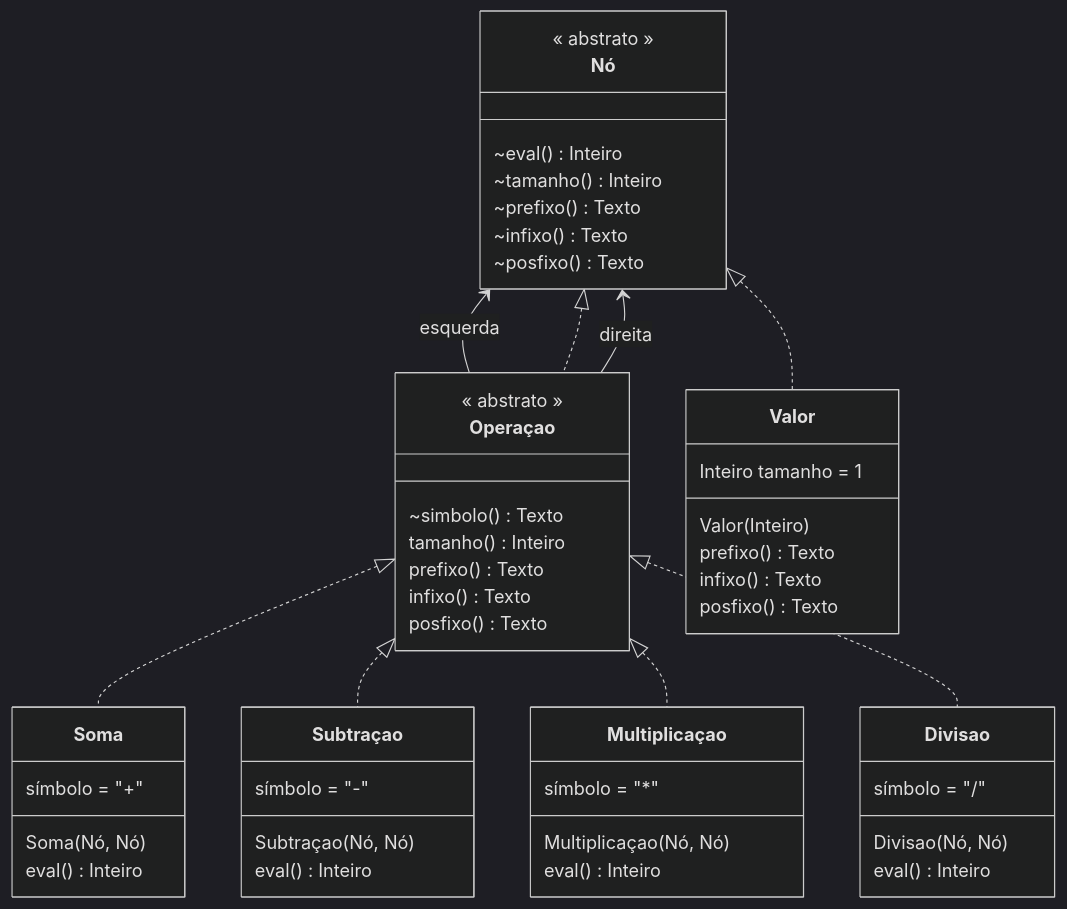
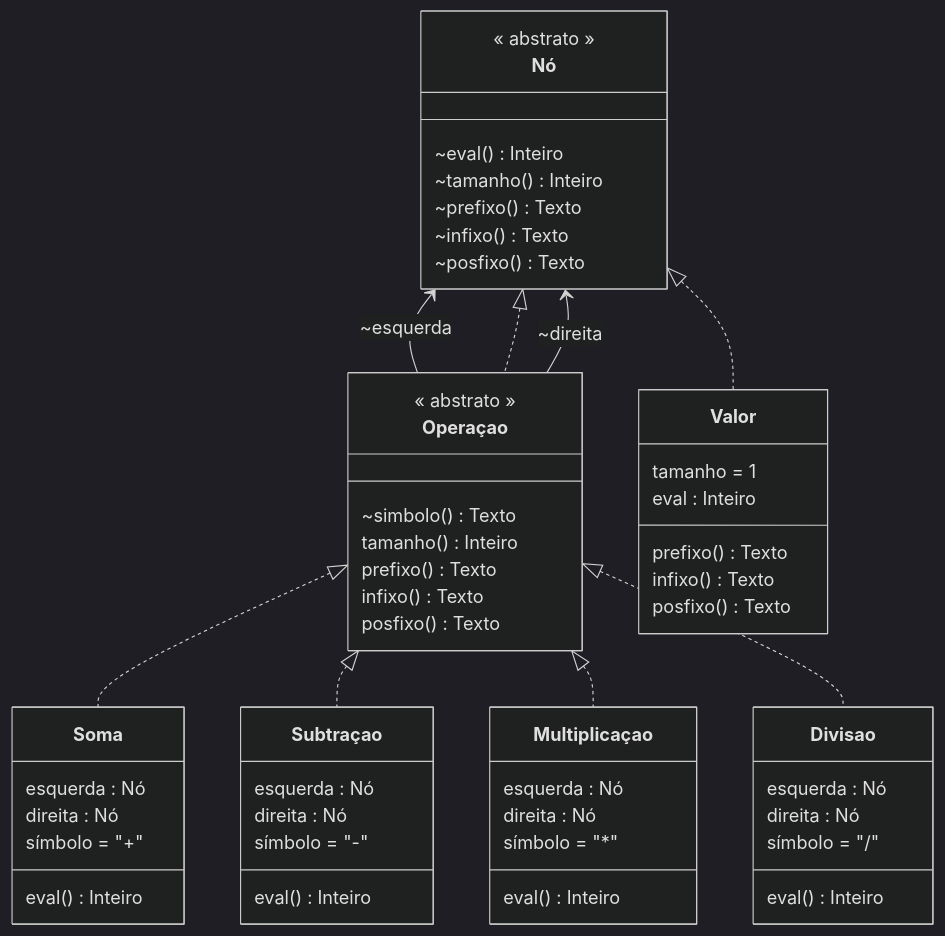
The second of 2 diagrams in 01-Arvore Binária de Expressão/README.md (lrlucena/gist-potigol), drawn with Mermaid (dark theme) before and after one commit.

````diff
--- a/01-Arvore Binária de Expressão/README.md
+++ b/01-Arvore Binária de Expressão/README.md
@@ -39,64 +39,68 @@
 ```mermaid
 classDiagram
     class Nó {
       << abstrato >>
       ~eval() Inteiro
       ~tamanho() Inteiro
       ~prefixo() Texto
       ~infixo() Texto
       ~posfixo() Texto
     }
     
     class Operaçao {
       << abstrato >>
       ~simbolo() Texto
       tamanho() Inteiro
       prefixo() Texto
       infixo() Texto
       posfixo() Texto
     }
     
-    Nó <-- Operaçao : esquerda
+    Nó <-- Operaçao : ~esquerda
     Nó <|.. Operaçao
-    Nó <-- Operaçao : direita
+    Nó <-- Operaçao : ~direita
         
     Nó <|.. Valor
     
     class Soma {
+      esquerda : Nó
+      direita : Nó
       símbolo = "+"
-      Soma(Nó, Nó)
       eval() Inteiro
     }
     
     class Subtraçao {
+      esquerda : Nó
+      direita : Nó
       símbolo = "-"
-      Subtraçao(Nó, Nó)
       eval() Inteiro
     }
     
     class Multiplicaçao {
+      esquerda : Nó
+      direita : Nó
       símbolo = "*"
-      Multiplicaçao(Nó, Nó)
       eval() Inteiro
     }
 
     class Divisao {
+      esquerda : Nó
+      direita : Nó
       símbolo = "/"
-      Divisao(Nó, Nó)
       eval() Inteiro
     }
     
     Operaçao <|.. Soma
     Operaçao <|.. Subtraçao
     Operaçao <|.. Multiplicaçao
     Operaçao <|.. Divisao
     
     class Valor {
-      Inteiro tamanho = 1
-      Valor(Inteiro)
+      tamanho = 1
+      eval : Inteiro
       prefixo() Texto
       infixo() Texto
       posfixo() Texto
     }
 
 ```
````
